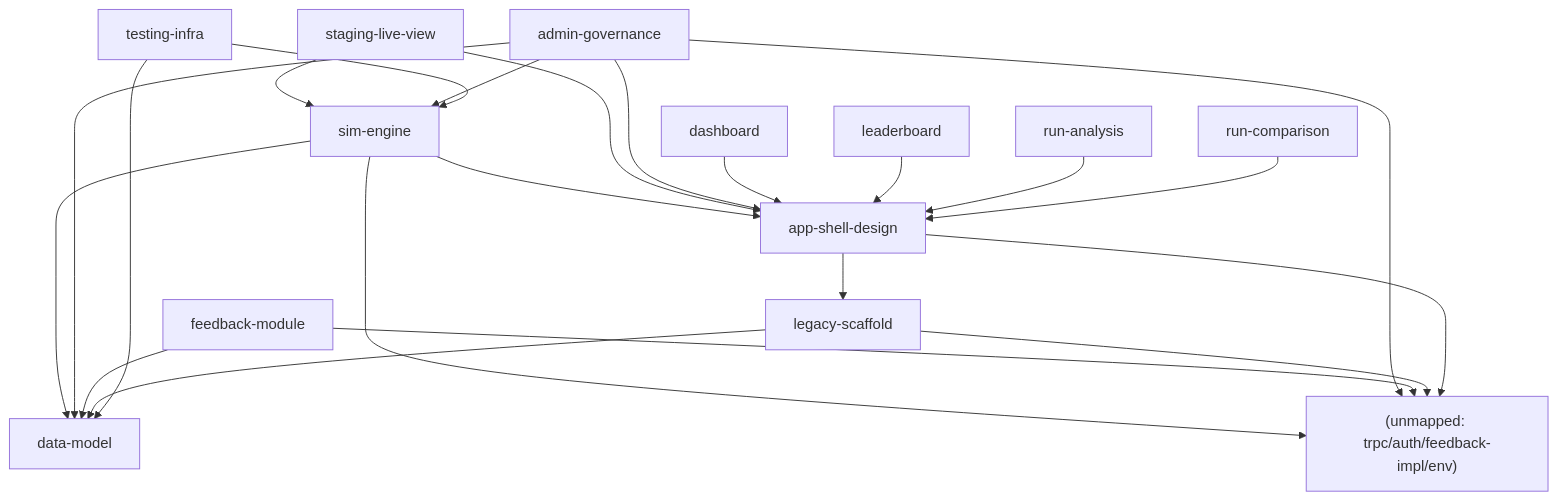
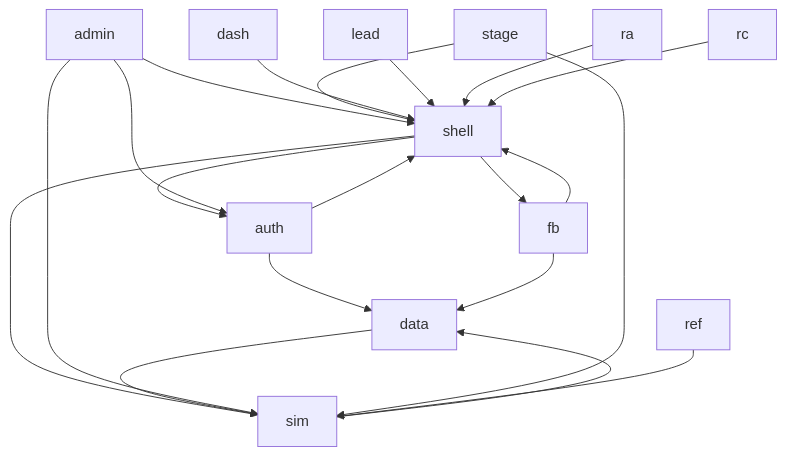
One commit to kris1617/swarm-arena changed the diagram in context/map/evidence/3-structure.md. Above: the diagram before and after it, drawn with Mermaid. The commit also changed other lines of this file and 9 other files, not shown here.

````diff
--- a/context/map/evidence/3-structure.md
+++ b/context/map/evidence/3-structure.md
@@ -18,15 +23,22 @@
 ```mermaid
 graph TB
-  sim["sim-engine"]; data["data-model"]; shell["app-shell-design"]
-  stage["staging-live-view"]; admin["admin-governance"]; fb["feedback-module"]
-  legacy["legacy-scaffold"]; test["testing-infra"]; unm["(unmapped: trpc/auth/feedback-impl/env)"]
-  dash["dashboard"]; lead["leaderboard"]; ra["run-analysis"]; rc["run-comparison"]
-  sim-->data; sim-->shell; sim-->unm
-  stage-->sim; stage-->shell
-  admin-->sim; admin-->data; admin-->shell; admin-->unm
-  fb-->data; fb-->unm
-  legacy-->data; legacy-->unm
-  test-->sim; test-->data
-  shell-->legacy; shell-->unm
-  dash-->shell; lead-->shell; ra-->shell; rc-->shell
+  shell --> auth
+  shell --> fb
+  shell --> sim
+  auth --> shell
+  auth --> data
+  fb --> shell
+  fb --> data
+  sim --> data
+  data --> sim
+  admin --> shell
+  admin --> auth
+  admin --> sim
+  stage --> sim
+  stage --> shell
+  dash --> shell
+  lead --> shell
+  ra --> shell
+  rc --> shell
+  ref --> sim
 ```
````
